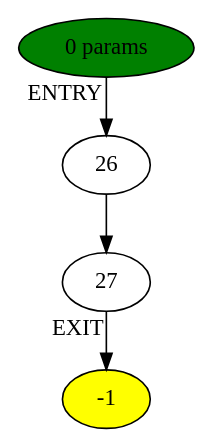
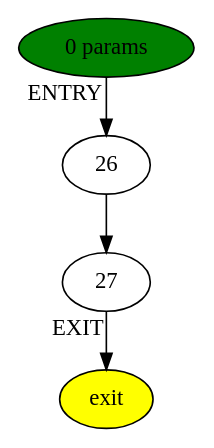
The diagram in test_files/test_files/function_Pseudo-main at 0 (ID 0).dot (brianedmonds90/CFG-Hip-Hop), drawn with Graphviz before and after one commit. The commit also changed 4 other files, not shown here.

```diff
--- a/test_files/test_files/function_Pseudo-main at 0 (ID 0).dot
+++ b/test_files/test_files/function_Pseudo-main at 0 (ID 0).dot
@@ -1,24 +1,24 @@
 digraph testName {
 0 [label="26" tooltip="FPushFuncD
 Int
 FPassCE
 Int
 FPassCE
 FCall
 PopR
 "];
 1 [label="27" tooltip="FPushFuncD
 Int
 FPassCE
 Int
 FPassCE
 FCall
 PopR
 Int
 RetC
 "];
 0 -> 1;
 -2 -> 0[xlabel="ENTRY"];
 1 -> -1[xlabel="EXIT"];
--2 [fillcolor = green, style = filled]-1 [fillcolor= yellow, style = filled] -2 [label="0 params"];
+-2 [fillcolor = green, style = filled]-1 [label = exit, fillcolor= yellow, style = filled] -2 [label="0 params"];
 }
```
